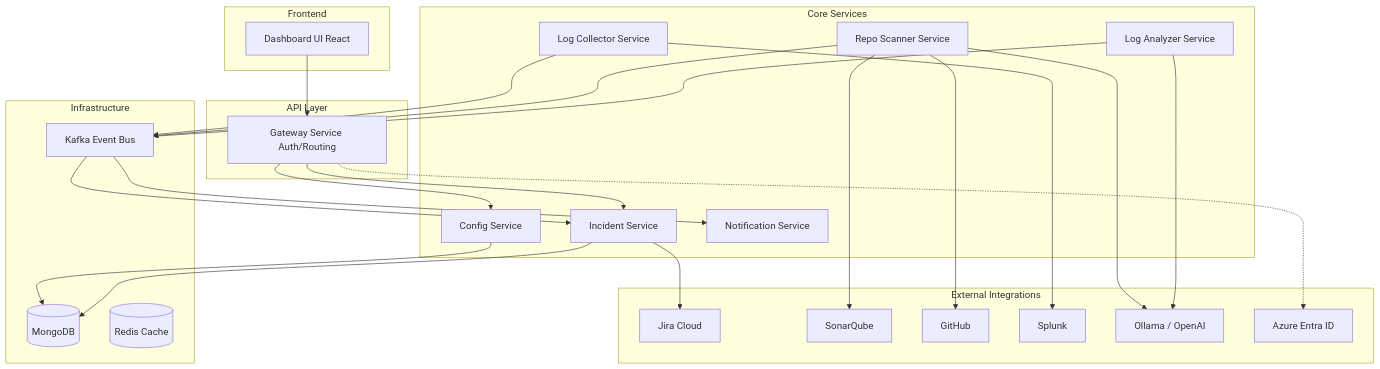
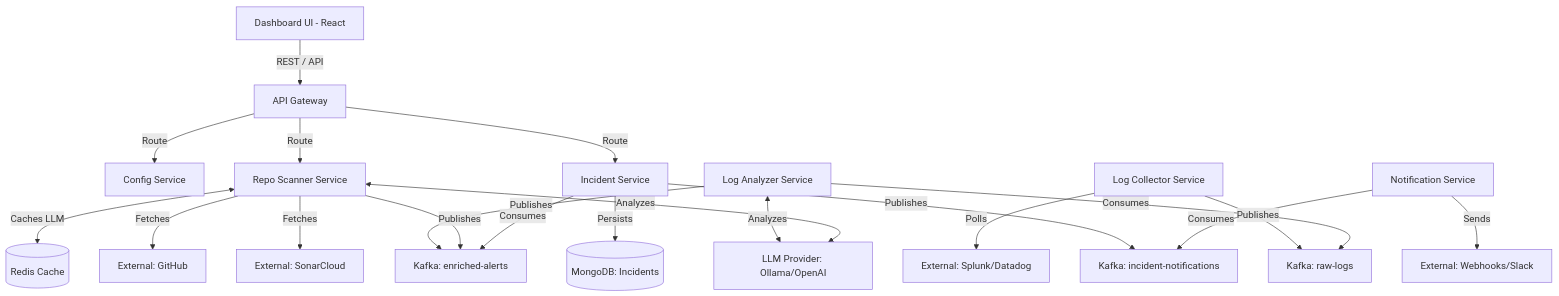
One commit to askariahmad/devops-pro changed the diagram in README.md. Above: the diagram before and after it, drawn with Mermaid. The commit also changed other lines of this file and 2 other files, not shown here.

Commit message:
feat: comprehensive knowledge map docs, highly realistic Splunk and SonarQube mocks, and Docker MongoDB port adjustments

````diff
--- a/README.md
+++ b/README.md
@@ -10,55 +51,28 @@
 ```mermaid
 graph TD
-    subgraph Frontend
-        UI[Dashboard UI React]
-    end
-
-    subgraph API Layer
-        GW[Gateway Service Auth/Routing]
-    end
-
-    subgraph Core Services
-        INC[Incident Service]
-        SCN[Repo Scanner Service]
-        LAN[Log Analyzer Service]
-        LCL[Log Collector Service]
-        CFG[Config Service]
-        NOT[Notification Service]
-    end
-
-    subgraph Infrastructure
-        KAF[Kafka Event Bus]
-        MONGO[(MongoDB)]
-        REDIS[(Redis Cache)]
-    end
-
-    subgraph External Integrations
-        JIRA[Jira Cloud]
-        SONAR[SonarQube]
-        GITHUB[GitHub]
-        SPLUNK[Splunk]
-        LLM[Ollama / OpenAI]
-        ENTRA[Azure Entra ID]
-    end
-
-    UI --> GW
-    GW --> INC
-    GW --> CFG
-    GW -.-> ENTRA
-
-    LCL --> KAF
-    SCN --> KAF
-    LAN --> KAF
-    KAF --> INC
-    KAF --> NOT
-
-    SCN --> SONAR
-    SCN --> GITHUB
-    SCN --> LLM
-    LAN --> LLM
-    LCL --> SPLUNK
-    INC --> JIRA
-
-    CFG --> MONGO
-    INC --> MONGO
+    UI[Dashboard UI - React] -->|REST / API| GW[API Gateway]
+    
+    GW -->|Route| CS[Config Service]
+    GW -->|Route| IS[Incident Service]
+    GW -->|Route| RS[Repo Scanner Service]
+    
+    LC[Log Collector Service] -->|Polls| Splunk[External: Splunk/Datadog]
+    LC -->|Publishes| K_RAW[Kafka: raw-logs]
+    
+    LA[Log Analyzer Service] -->|Consumes| K_RAW
+    LA <-->|Analyzes| LLM[LLM Provider: Ollama/OpenAI]
+    LA -->|Publishes| K_ENR[Kafka: enriched-alerts]
+    
+    RS -->|Fetches| Sonar[External: SonarCloud]
+    RS -->|Fetches| GitHub[External: GitHub]
+    RS <-->|Analyzes| LLM
+    RS <-->|Caches LLM| Redis[(Redis Cache)]
+    RS -->|Publishes| K_ENR
+    
+    IS -->|Consumes| K_ENR
+    IS -->|Persists| DB_INC[(MongoDB: Incidents)]
+    IS -->|Publishes| K_NOT[Kafka: incident-notifications]
+    
+    NS[Notification Service] -->|Consumes| K_NOT
+    NS -->|Sends| Webhook[External: Webhooks/Slack]
 ```
````
